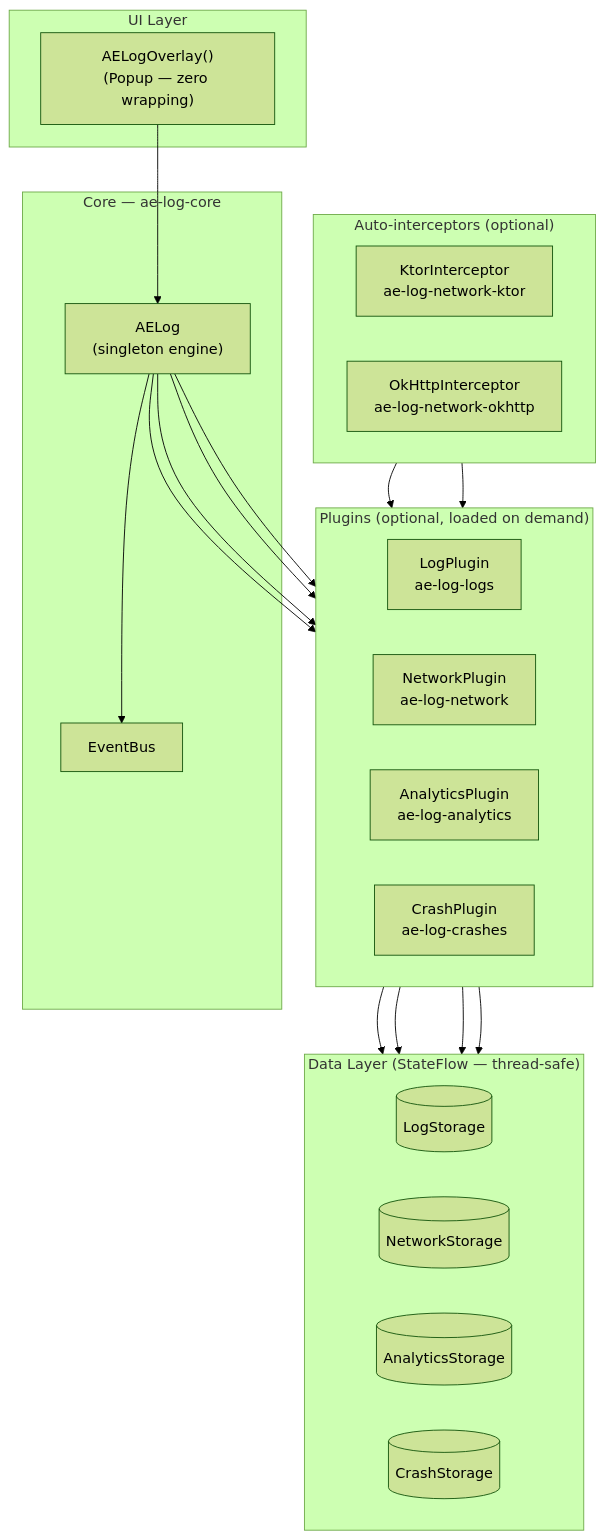
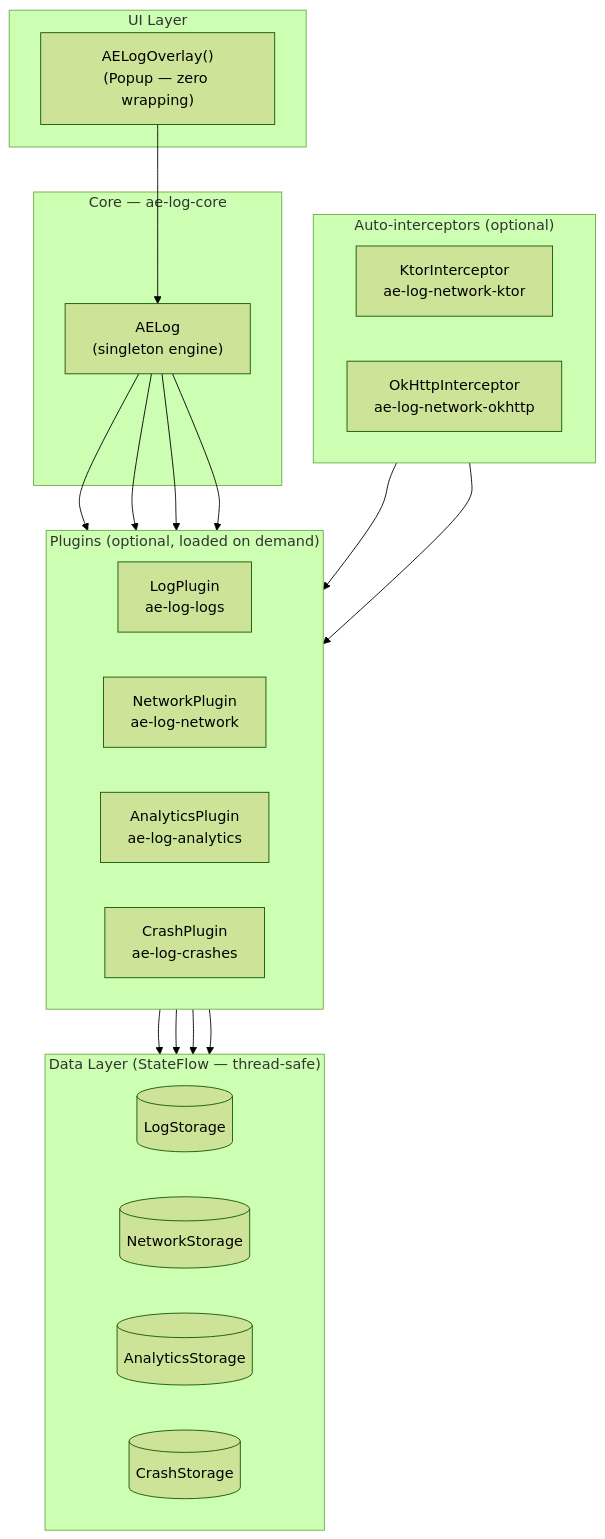
One commit to abdo-essam/AELog changed the diagram in README.md. Above: the diagram before and after it, drawn with Mermaid (forest theme). The commit also changed other lines of this file and 2 other files, not shown here.

Commit message:
docs: update all references to v1.0.9

````diff
--- a/README.md
+++ b/README.md
@@ -293,46 +293,44 @@
 ```mermaid
 graph TD
     subgraph UI ["UI Layer"]
         OV["AELogOverlay()\n(Popup — zero wrapping)"]
     end
 
     subgraph Core ["Core — ae-log-core"]
         AE["AELog\n(singleton engine)"]
-        EB["EventBus"]
     end
 
     subgraph Plugins ["Plugins (optional, loaded on demand)"]
         direction LR
         LP1["LogPlugin\nae-log-logs"]
         NP["NetworkPlugin\nae-log-network"]
         AP["AnalyticsPlugin\nae-log-analytics"]
         CP["CrashPlugin\nae-log-crashes"]
     end
 
     subgraph Storage ["Data Layer (StateFlow — thread-safe)"]
         direction LR
         LS[("LogStorage")]
         NS[("NetworkStorage")]
         AS[("AnalyticsStorage")]
         CS[("CrashStorage")]
     end
 
     subgraph Interceptors ["Auto-interceptors (optional)"]
         direction LR
         KI["KtorInterceptor\nae-log-network-ktor"]
         OI["OkHttpInterceptor\nae-log-network-okhttp"]
     end
 
     OV --> AE
-    AE --> EB
     AE --> LP1
     AE --> NP
     AE --> AP
     AE --> CP
     LP1 --> LS
     NP --> NS
     AP --> AS
     CP --> CS
     KI --> NP
     OI --> NP
 ```
````
